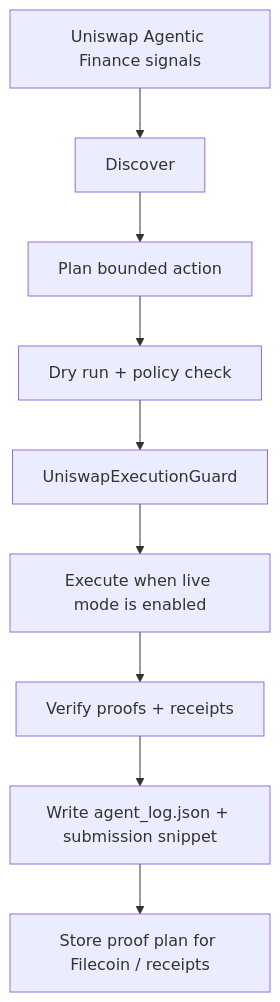
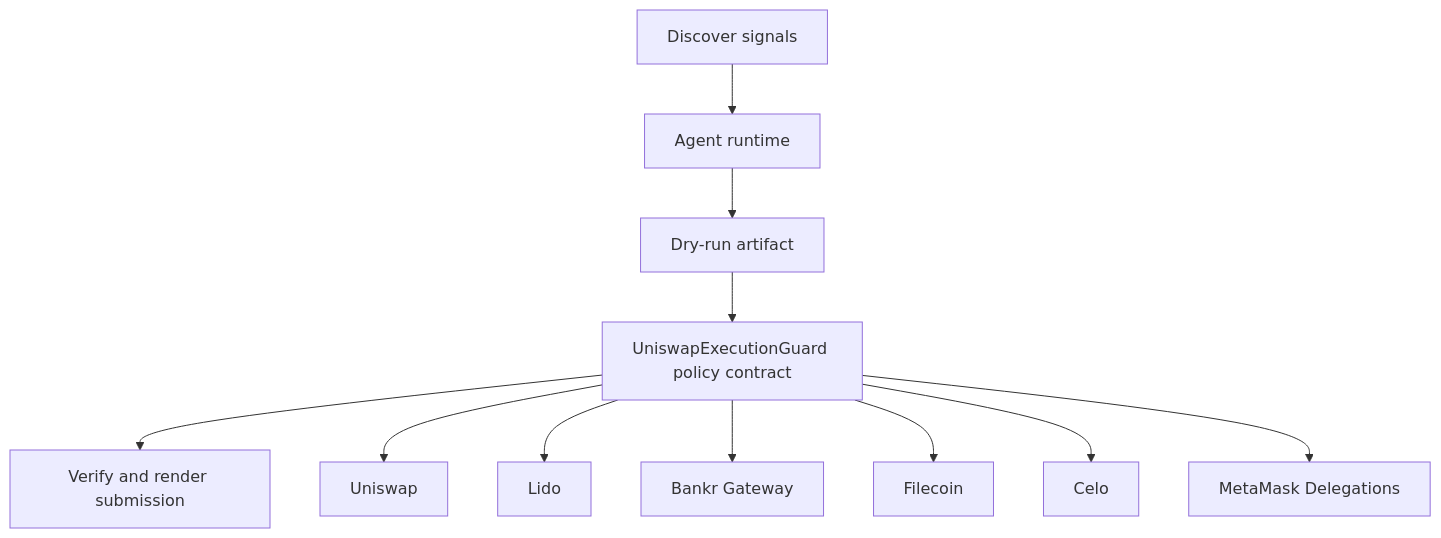
One commit to CrystallineButterfly/Synthesis-Uniswap-AgenticFinance changed the diagram in README.md. Above: the diagram before and after it, drawn with Mermaid. The commit also changed other lines of this file and 998 other files, not shown here.

Commit message:
Implement bounded agent runtime

````diff
--- a/README.md
+++ b/README.md
@@ -31,11 +26,15 @@
-        ```mermaid
-        flowchart TD
-    Signals[Uniswap Agentic Finance signals] --> Discover[Discover]
-    Discover --> Plan[Plan bounded action]
-    Plan --> DryRun[Dry run + policy check]
-    DryRun --> Guard[UniswapExecutionGuard]
-    Guard --> Execute[Execute when live mode is enabled]
-    Execute --> Verify[Verify proofs + receipts]
-    Verify --> Persist[Write agent_log.json + submission snippet]
-    Persist --> Storage[Store proof plan for Filecoin / receipts]
-        ```
+```mermaid
+flowchart TD
+    Signals[Discover signals]
+    Planner[Agent runtime]
+    DryRun[Dry-run artifact]
+    Contract[UniswapExecutionGuard policy contract]
+    Verify[Verify and render submission]
+    Signals --> Planner --> DryRun --> Contract --> Verify
+    Contract --> uniswap[Uniswap]
+    Contract --> lido[Lido]
+    Contract --> bankr_gateway[Bankr Gateway]
+    Contract --> filecoin[Filecoin]
+    Contract --> celo[Celo]
+    Contract --> metamask_delegations[MetaMask Delegations]
+```
````
